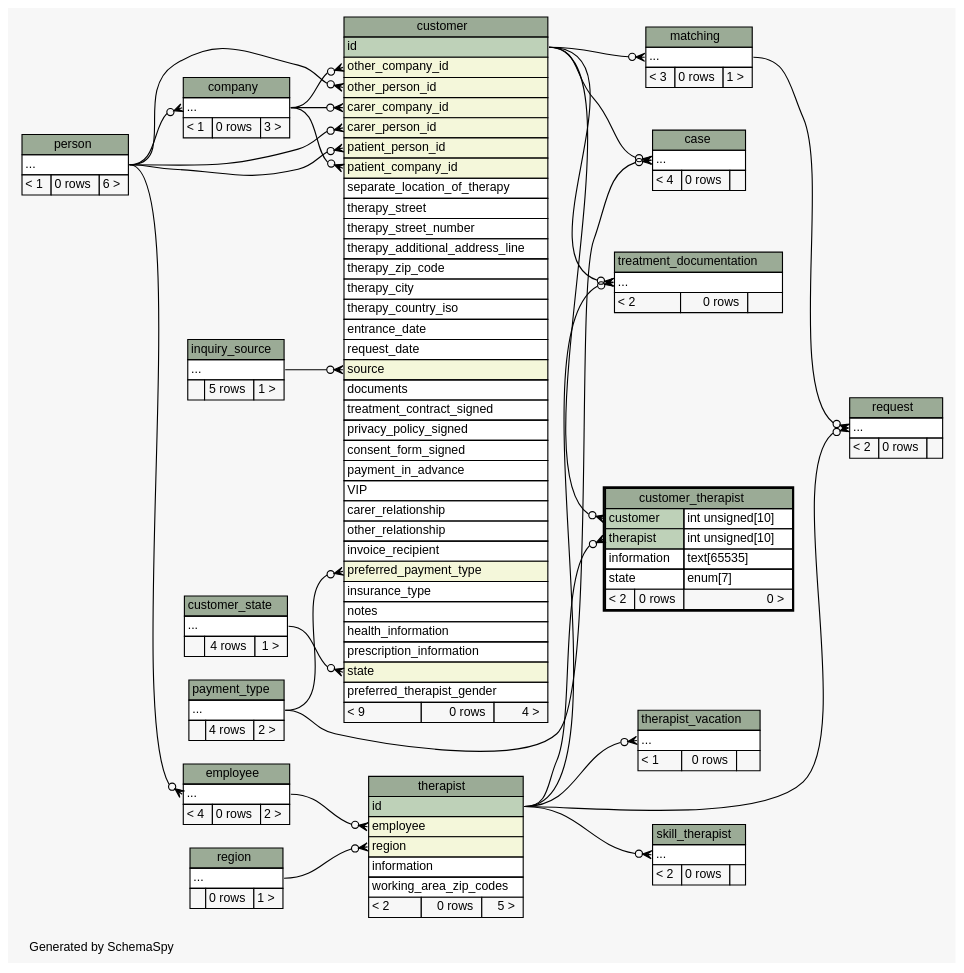
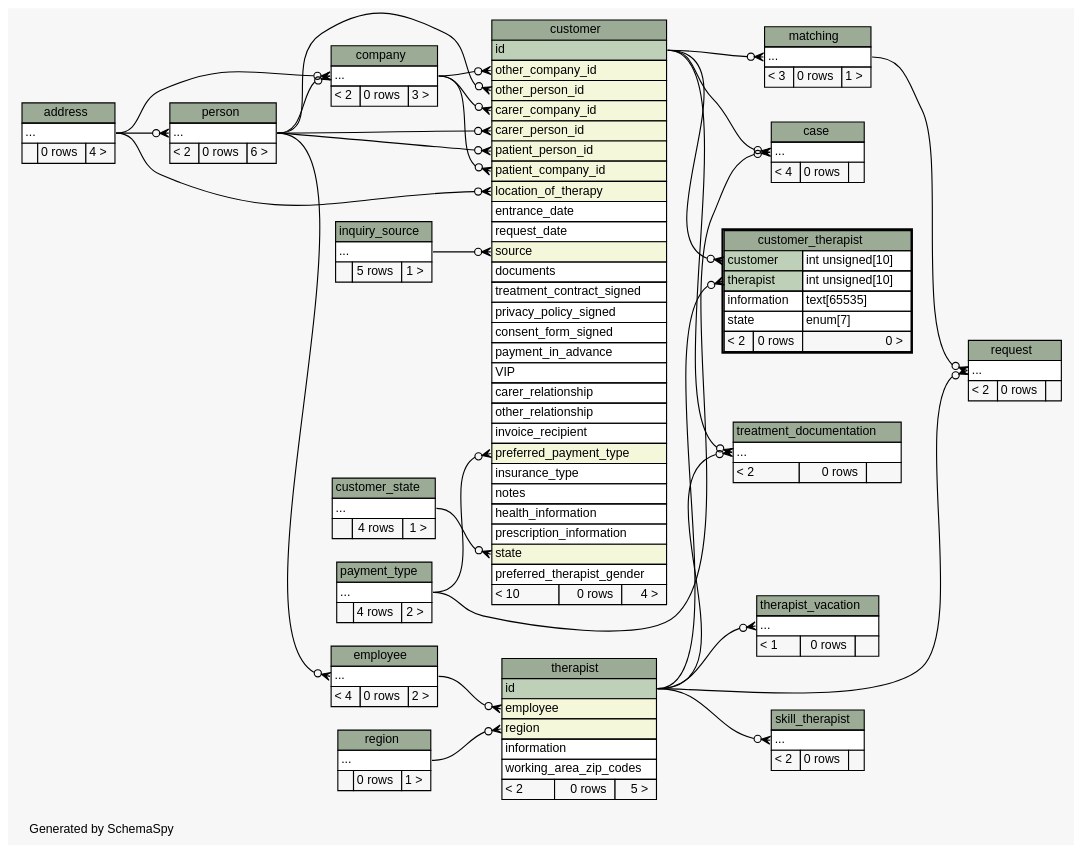
One commit to KaiBMP/KaiBMP.github.io changed the diagram in diagrams/customer_therapist.2degrees.dot. Above: the diagram before and after it, drawn with Graphviz. The commit also changed 136 other files, not shown here.

Commit message:
schemaspy update

```diff
--- a/diagrams/customer_therapist.2degrees.dot
+++ b/diagrams/customer_therapist.2degrees.dot
@@ -21,9 +21,11 @@
   ];
   "case":"elipses":w -> "customer":"id":e [arrowhead=none dir=back arrowtail=crowodot];
   "case":"elipses":w -> "payment_type":"elipses":e [arrowhead=none dir=back arrowtail=crowodot];
+  "company":"elipses":w -> "address":"elipses":e [arrowhead=none dir=back arrowtail=crowodot];
   "company":"elipses":w -> "person":"elipses":e [arrowhead=none dir=back arrowtail=crowodot];
   "customer":"carer_company_id":w -> "company":"elipses":e [arrowhead=none dir=back arrowtail=crowodot];
   "customer":"carer_person_id":w -> "person":"elipses":e [arrowhead=none dir=back arrowtail=crowodot];
+  "customer":"location_of_therapy":w -> "address":"elipses":e [arrowhead=none dir=back arrowtail=crowodot];
   "customer":"other_company_id":w -> "company":"elipses":e [arrowhead=none dir=back arrowtail=crowodot];
   "customer":"other_person_id":w -> "person":"elipses":e [arrowhead=none dir=back arrowtail=crowodot];
   "customer":"patient_company_id":w -> "company":"elipses":e [arrowhead=none dir=back arrowtail=crowodot];
@@ -35,6 +37,7 @@
   "customer_therapist":"therapist":w -> "therapist":"id":e [arrowhead=none dir=back arrowtail=crowodot];
   "employee":"elipses":w -> "person":"elipses":e [arrowhead=none dir=back arrowtail=crowodot];
   "matching":"elipses":w -> "customer":"id":e [arrowhead=none dir=back arrowtail=crowodot];
+  "person":"elipses":w -> "address":"elipses":e [arrowhead=none dir=back arrowtail=crowodot];
   "request":"elipses":w -> "matching":"elipses":e [arrowhead=none dir=back arrowtail=crowodot];
   "request":"elipses":w -> "therapist":"id":e [arrowhead=none dir=back arrowtail=crowodot];
   "skill_therapist":"elipses":w -> "therapist":"id":e [arrowhead=none dir=back arrowtail=crowodot];
@@ -43,6 +46,16 @@
   "therapist_vacation":"elipses":w -> "therapist":"id":e [arrowhead=none dir=back arrowtail=crowodot];
   "treatment_documentation":"elipses":w -> "customer":"id":e [arrowhead=none dir=back arrowtail=crowodot];
   "treatment_documentation":"elipses":w -> "therapist":"id":e [arrowhead=none dir=back arrowtail=crowodot];
+  "address" [
+    label=<
+    <TABLE BORDER="0" CELLBORDER="1" CELLSPACING="0" BGCOLOR="#ffffff">
+      <TR><TD COLSPAN="3" BGCOLOR="#9bab96" ALIGN="CENTER">address</TD></TR>
+      <TR><TD PORT="elipses" COLSPAN="3" ALIGN="LEFT">...</TD></TR>
+      <TR><TD ALIGN="LEFT" BGCOLOR="#f7f7f7">  </TD><TD ALIGN="RIGHT" BGCOLOR="#f7f7f7">0 rows</TD><TD ALIGN="RIGHT" BGCOLOR="#f7f7f7">4 &gt;</TD></TR>
+    </TABLE>>
+    URL="address.html"
+    tooltip="address"
+  ];
   "case" [
     label=<
     <TABLE BORDER="0" CELLBORDER="1" CELLSPACING="0" BGCOLOR="#ffffff">
@@ -58,7 +71,7 @@
     <TABLE BORDER="0" CELLBORDER="1" CELLSPACING="0" BGCOLOR="#ffffff">
       <TR><TD COLSPAN="3" BGCOLOR="#9bab96" ALIGN="CENTER">company</TD></TR>
       <TR><TD PORT="elipses" COLSPAN="3" ALIGN="LEFT">...</TD></TR>
-      <TR><TD ALIGN="LEFT" BGCOLOR="#f7f7f7">&lt; 1</TD><TD ALIGN="RIGHT" BGCOLOR="#f7f7f7">0 rows</TD><TD ALIGN="RIGHT" BGCOLOR="#f7f7f7">3 &gt;</TD></TR>
+      <TR><TD ALIGN="LEFT" BGCOLOR="#f7f7f7">&lt; 2</TD><TD ALIGN="RIGHT" BGCOLOR="#f7f7f7">0 rows</TD><TD ALIGN="RIGHT" BGCOLOR="#f7f7f7">3 &gt;</TD></TR>
     </TABLE>>
     URL="company.html"
     tooltip="company"
@@ -74,13 +87,7 @@
       <TR><TD PORT="carer_person_id" COLSPAN="3" BGCOLOR="#f4f7da" ALIGN="LEFT">carer_person_id</TD></TR>
       <TR><TD PORT="patient_person_id" COLSPAN="3" BGCOLOR="#f4f7da" ALIGN="LEFT">patient_person_id</TD></TR>
       <TR><TD PORT="patient_company_id" COLSPAN="3" BGCOLOR="#f4f7da" ALIGN="LEFT">patient_company_id</TD></TR>
-      <TR><TD PORT="separate_location_of_therapy" COLSPAN="3" ALIGN="LEFT">separate_location_of_therapy</TD></TR>
-      <TR><TD PORT="therapy_street" COLSPAN="3" ALIGN="LEFT">therapy_street</TD></TR>
-      <TR><TD PORT="therapy_street_number" COLSPAN="3" ALIGN="LEFT">therapy_street_number</TD></TR>
-      <TR><TD PORT="therapy_additional_address_line" COLSPAN="3" ALIGN="LEFT">therapy_additional_address_line</TD></TR>
-      <TR><TD PORT="therapy_zip_code" COLSPAN="3" ALIGN="LEFT">therapy_zip_code</TD></TR>
-      <TR><TD PORT="therapy_city" COLSPAN="3" ALIGN="LEFT">therapy_city</TD></TR>
-      <TR><TD PORT="therapy_country_iso" COLSPAN="3" ALIGN="LEFT">therapy_country_iso</TD></TR>
+      <TR><TD PORT="location_of_therapy" COLSPAN="3" BGCOLOR="#f4f7da" ALIGN="LEFT">location_of_therapy</TD></TR>
       <TR><TD PORT="entrance_date" COLSPAN="3" ALIGN="LEFT">entrance_date</TD></TR>
       <TR><TD PORT="request_date" COLSPAN="3" ALIGN="LEFT">request_date</TD></TR>
       <TR><TD PORT="source" COLSPAN="3" BGCOLOR="#f4f7da" ALIGN="LEFT">source</TD></TR>
@@ -100,7 +107,7 @@
       <TR><TD PORT="prescription_information" COLSPAN="3" ALIGN="LEFT">prescription_information</TD></TR>
       <TR><TD PORT="state" COLSPAN="3" BGCOLOR="#f4f7da" ALIGN="LEFT">state</TD></TR>
       <TR><TD PORT="preferred_therapist_gender" COLSPAN="3" ALIGN="LEFT">preferred_therapist_gender</TD></TR>
-      <TR><TD ALIGN="LEFT" BGCOLOR="#f7f7f7">&lt; 9</TD><TD ALIGN="RIGHT" BGCOLOR="#f7f7f7">0 rows</TD><TD ALIGN="RIGHT" BGCOLOR="#f7f7f7">4 &gt;</TD></TR>
+      <TR><TD ALIGN="LEFT" BGCOLOR="#f7f7f7">&lt; 10</TD><TD ALIGN="RIGHT" BGCOLOR="#f7f7f7">0 rows</TD><TD ALIGN="RIGHT" BGCOLOR="#f7f7f7">4 &gt;</TD></TR>
     </TABLE>>
     URL="customer.html"
     tooltip="customer"
@@ -173,7 +180,7 @@
     <TABLE BORDER="0" CELLBORDER="1" CELLSPACING="0" BGCOLOR="#ffffff">
       <TR><TD COLSPAN="3" BGCOLOR="#9bab96" ALIGN="CENTER">person</TD></TR>
       <TR><TD PORT="elipses" COLSPAN="3" ALIGN="LEFT">...</TD></TR>
-      <TR><TD ALIGN="LEFT" BGCOLOR="#f7f7f7">&lt; 1</TD><TD ALIGN="RIGHT" BGCOLOR="#f7f7f7">0 rows</TD><TD ALIGN="RIGHT" BGCOLOR="#f7f7f7">6 &gt;</TD></TR>
+      <TR><TD ALIGN="LEFT" BGCOLOR="#f7f7f7">&lt; 2</TD><TD ALIGN="RIGHT" BGCOLOR="#f7f7f7">0 rows</TD><TD ALIGN="RIGHT" BGCOLOR="#f7f7f7">6 &gt;</TD></TR>
     </TABLE>>
     URL="person.html"
     tooltip="person"
```
